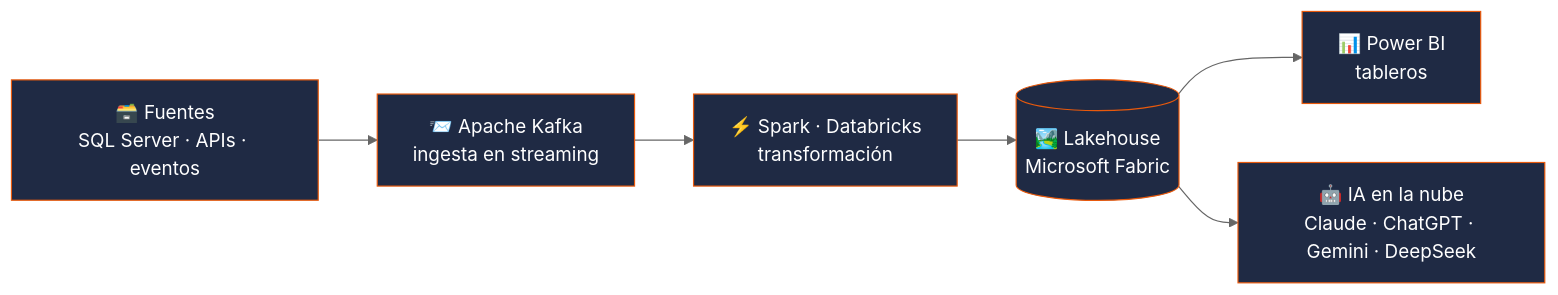
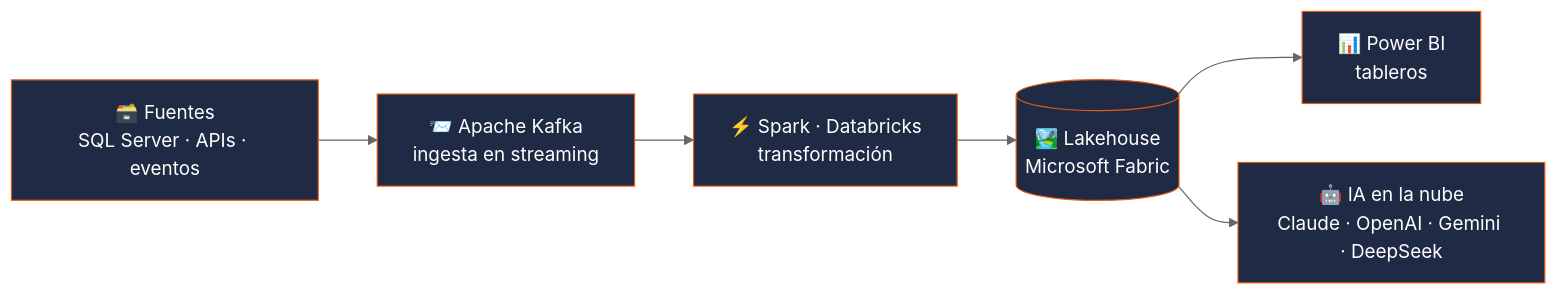
The sixth of 6 diagrams in README.md (Alessandro-BS/Alessandro-BS), drawn with Mermaid (neutral theme) before and after one commit. The commit also changed other lines of this file, not shown here.

````diff
--- a/README.md
+++ b/README.md
@@ -263,10 +290,10 @@
 ```mermaid
 flowchart LR
     SRC["🗃️ Fuentes<br/>SQL Server · APIs · eventos"] --> K["📨 Apache Kafka<br/>ingesta en streaming"]
     K --> SP["⚡ Spark · Databricks<br/>transformación"]
     SP --> LH[("🏞️ Lakehouse<br/>Microsoft Fabric")]
     LH --> BI["📊 Power BI<br/>tableros"]
-    LH --> AI["🤖 IA en la nube<br/>Claude · ChatGPT · Gemini · DeepSeek"]
+    LH --> AI["🤖 IA en la nube<br/>Claude · OpenAI · Gemini · DeepSeek"]
     classDef k fill:#1f2a44,color:#fff,stroke:#e8590c
     class SRC,K,SP,LH,BI,AI k
 ```
````
